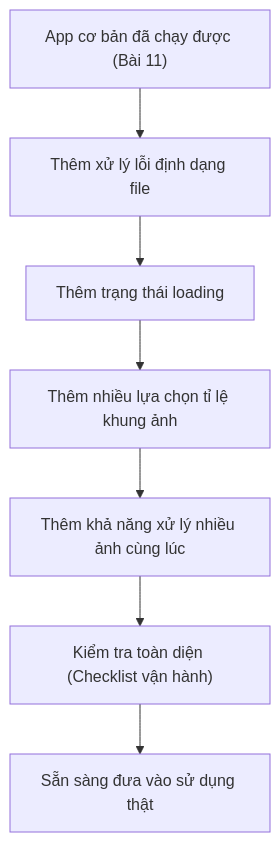
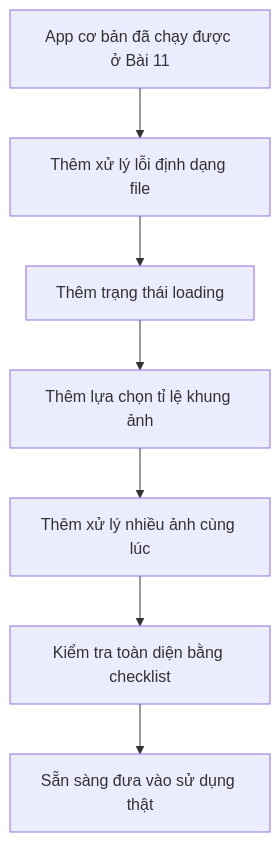
Before and after one commit to AlanKhan145/course-knowledge-base: the diagram in khoa-hoc-vibe-coding-co-ban/Module 04 - Ky Nang Prompting Vibe Code/12-hoan-chinh-app-tao-anh-san-pham-ai.md, drawn with Mermaid. The commit also changed other lines of this file and 19 other files, not shown here.

````diff
--- a/khoa-hoc-vibe-coding-co-ban/Module 04 - Ky Nang Prompting Vibe Code/12-hoan-chinh-app-tao-anh-san-pham-ai.md
+++ b/khoa-hoc-vibe-coding-co-ban/Module 04 - Ky Nang Prompting Vibe Code/12-hoan-chinh-app-tao-anh-san-pham-ai.md
@@ -58,9 +163,9 @@
 ```mermaid
 flowchart TD
-    A["App cơ bản đã chạy được (Bài 11)"] --> B["Thêm xử lý lỗi định dạng file"]
+    A["App cơ bản đã chạy được ở Bài 11"] --> B["Thêm xử lý lỗi định dạng file"]
     B --> C["Thêm trạng thái loading"]
-    C --> D["Thêm nhiều lựa chọn tỉ lệ khung ảnh"]
-    D --> E["Thêm khả năng xử lý nhiều ảnh cùng lúc"]
-    E --> F["Kiểm tra toàn diện (Checklist vận hành)"]
+    C --> D["Thêm lựa chọn tỉ lệ khung ảnh"]
+    D --> E["Thêm xử lý nhiều ảnh cùng lúc"]
+    E --> F["Kiểm tra toàn diện bằng checklist"]
     F --> G["Sẵn sàng đưa vào sử dụng thật"]
 ```
````
